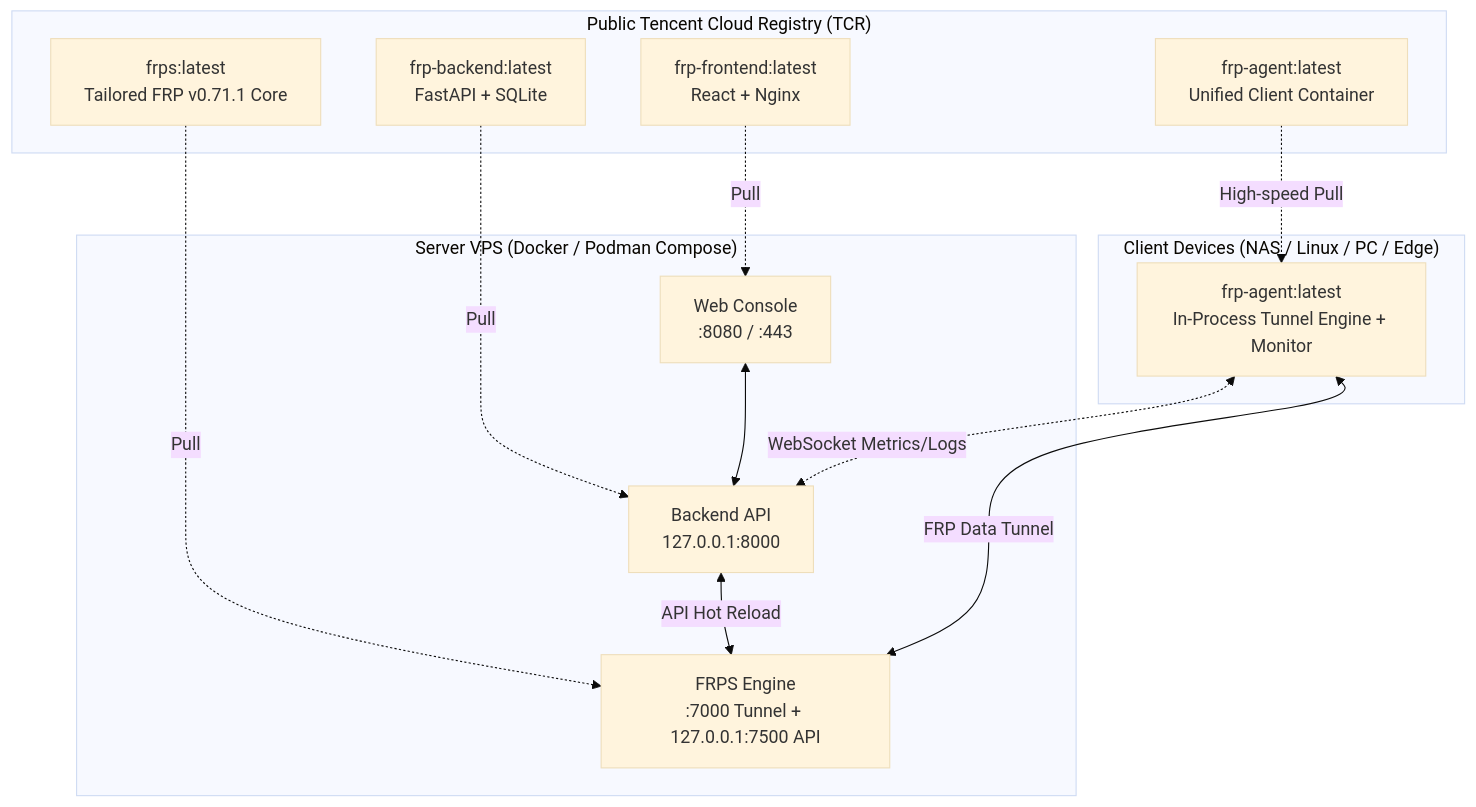
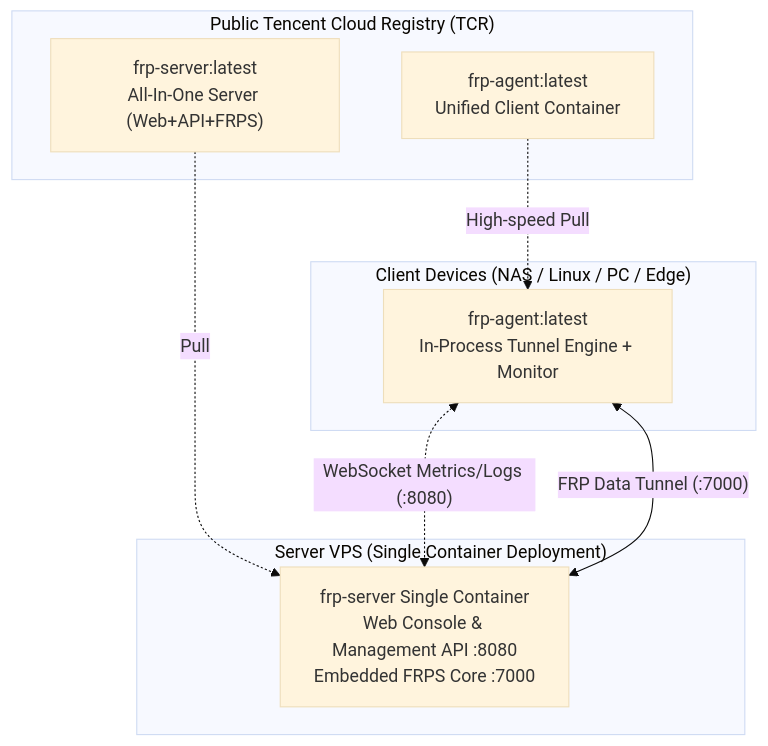
One commit to newbietan/FRP-ALL-IN-ONE changed the diagram in README.en.md. Above: the diagram before and after it, drawn with Mermaid (base theme). The commit also changed other lines of this file and 15 other files, not shown here.

````diff
--- a/README.en.md
+++ b/README.en.md
@@ -75,29 +75,21 @@
 ```mermaid
 flowchart TB
     subgraph TCR["Public Tencent Cloud Registry (TCR)"]
-        FRPS_IMG["frps:latest<br/>Tailored FRP v0.71.1 Core"]
-        BACKEND_IMG["frp-backend:latest<br/>FastAPI + SQLite"]
-        FRONTEND_IMG["frp-frontend:latest<br/>React + Nginx"]
+        SERVER_IMG["frp-server:latest<br/>All-In-One Server (Web+API+FRPS)"]
         AGENT_IMG["frp-agent:latest<br/>Unified Client Container"]
     end
 
-    subgraph Server["Server VPS (Docker / Podman Compose)"]
-        Web["Web Console<br/>:8080 / :443"]
-        Backend["Backend API<br/>127.0.0.1:8000"]
-        FRPS["FRPS Engine<br/>:7000 Tunnel + 127.0.0.1:7500 API"]
-        Web <--> Backend
-        Backend <-->|"API Hot Reload"| FRPS
+    subgraph Server["Server VPS (Single Container Deployment)"]
+        SingleServer["frp-server Single Container<br/>Web Console & Management API :8080<br/>Embedded FRPS Core :7000"]
     end
 
     subgraph Clients["Client Devices (NAS / Linux / PC / Edge)"]
         DockerClient["frp-agent:latest<br/>In-Process Tunnel Engine + Monitor"]
     end
 
-    FRPS_IMG -.->|"Pull"| FRPS
-    BACKEND_IMG -.->|"Pull"| Backend
-    FRONTEND_IMG -.->|"Pull"| Web
+    SERVER_IMG -.->|"Pull"| SingleServer
     AGENT_IMG -.->|"High-speed Pull"| DockerClient
 
-    DockerClient <-.->|"WebSocket Metrics/Logs"| Backend
-    DockerClient <-->|"FRP Data Tunnel"| FRPS
+    DockerClient <-.->|"WebSocket Metrics/Logs (:8080)"| SingleServer
+    DockerClient <-->|"FRP Data Tunnel (:7000)"| SingleServer
 ```
````
